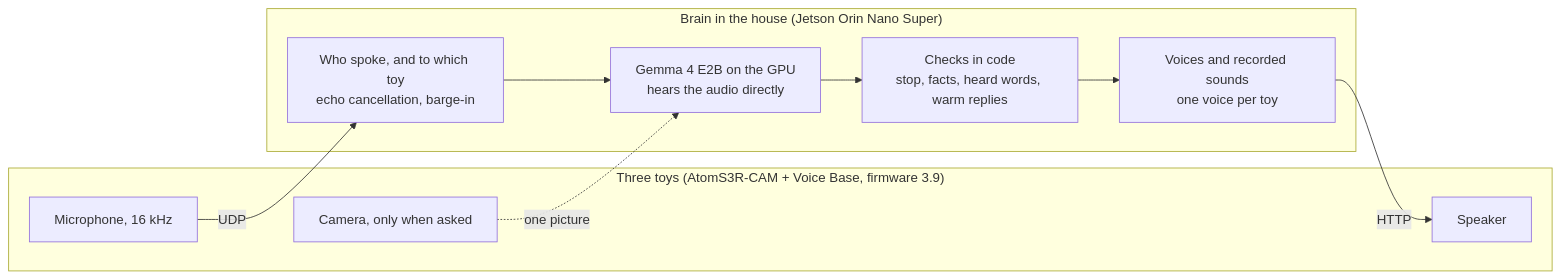
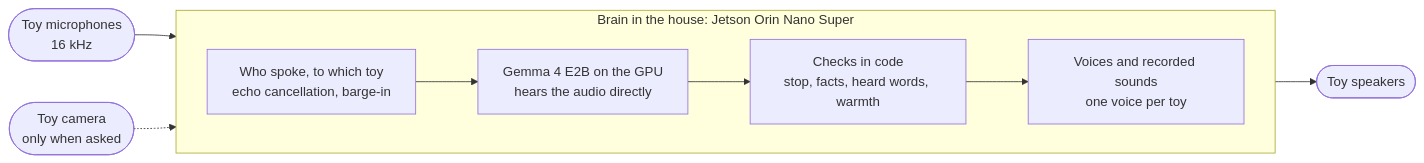
One commit to patrick-hanley/sentient changed the diagram in README.md. Above: the diagram before and after it, drawn with Mermaid. The commit also changed other lines of this file, not shown here.

Commit message:
README: straighten the diagram

````diff
--- a/README.md
+++ b/README.md
@@ -25,16 +25,17 @@
 ```mermaid
 flowchart LR
-  subgraph toys["Three toys (AtomS3R-CAM + Voice Base, firmware 3.9)"]
-    mic["Microphone, 16 kHz"]
-    cam["Camera, only when asked"]
-    spk["Speaker"]
+  mic(["Toy microphones<br/>16 kHz"])
+  cam(["Toy camera<br/>only when asked"])
+  subgraph brain["Brain in the house: Jetson Orin Nano Super"]
+    direction LR
+    vad["Who spoke, to which toy<br/>echo cancellation, barge-in"]
+    gemma["Gemma 4 E2B on the GPU<br/>hears the audio directly"]
+    guards["Checks in code<br/>stop, facts, heard words, warmth"]
+    voice["Voices and recorded sounds<br/>one voice per toy"]
+    vad --> gemma --> guards --> voice
   end
-  subgraph brain["Brain in the house (Jetson Orin Nano Super)"]
-    vad["Who spoke, and to which toy<br/>echo cancellation, barge-in"]
-    gemma["Gemma 4 E2B on the GPU<br/>hears the audio directly"]
-    guards["Checks in code<br/>stop, facts, heard words, warm replies"]
-    voice["Voices and recorded sounds<br/>one voice per toy"]
-  end
-  mic -- "UDP" --> vad --> gemma --> guards --> voice -- "HTTP" --> spk
-  cam -. "one picture" .-> gemma
+  spk(["Toy speakers"])
+  mic --> vad
+  cam -.-> gemma
+  voice --> spk
 ```
````
